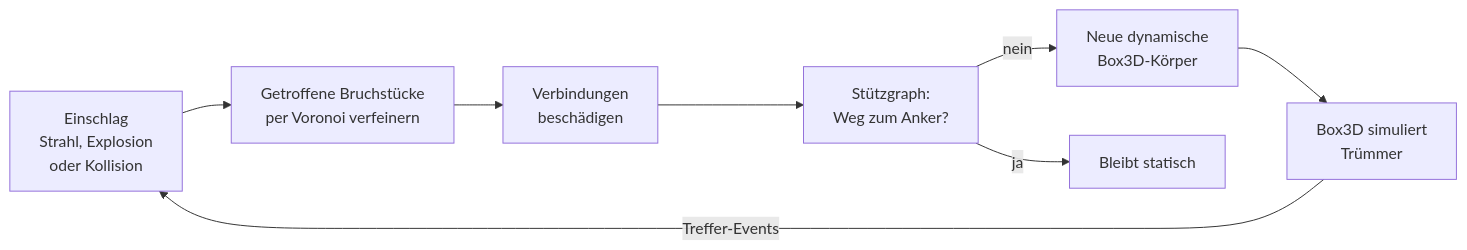
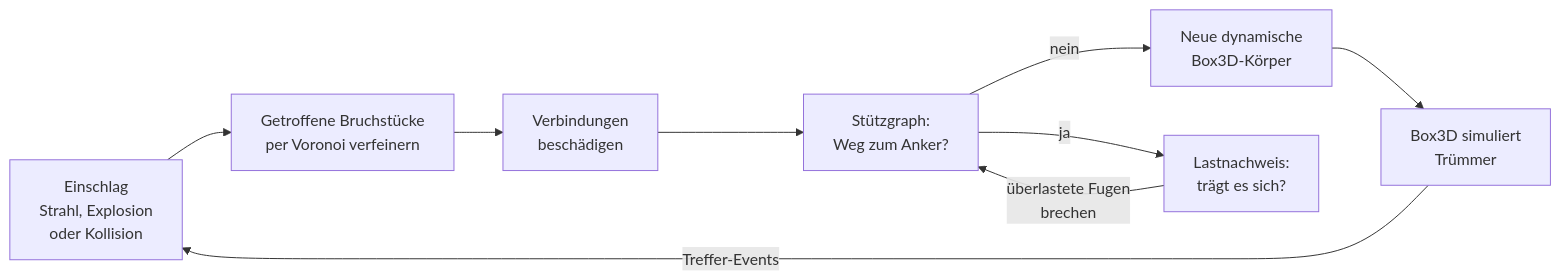
One commit to Holz231/Nebenan changed the diagram in README.md. Above: the diagram before and after it, drawn with Mermaid. The commit also changed other lines of this file and 15 other files, not shown here.

````diff
--- a/README.md
+++ b/README.md
@@ -118,10 +123,11 @@
 ```mermaid
 flowchart LR
     A[Einschlag<br/>Strahl, Explosion<br/>oder Kollision] --> B[Getroffene Bruchstücke<br/>per Voronoi verfeinern]
     B --> C[Verbindungen<br/>beschädigen]
     C --> D[Stützgraph:<br/>Weg zum Anker?]
     D -->|nein| E[Neue dynamische<br/>Box3D-Körper]
-    D -->|ja| F[Bleibt statisch]
+    D -->|ja| F[Lastnachweis:<br/>trägt es sich?]
+    F -->|überlastete Fugen<br/>brechen| D
     E --> G[Box3D simuliert<br/>Trümmer]
     G -->|Treffer-Events| A
 ```
````
